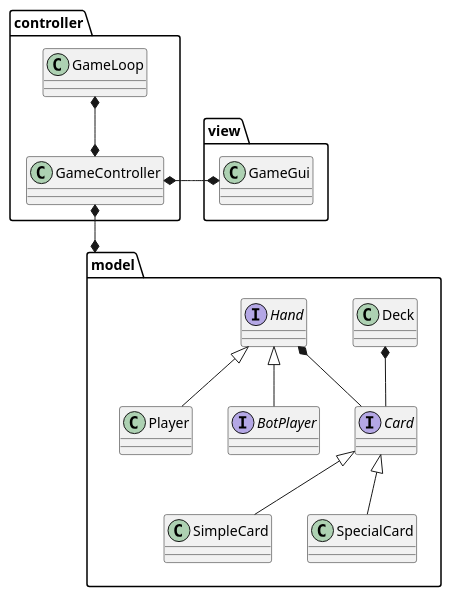
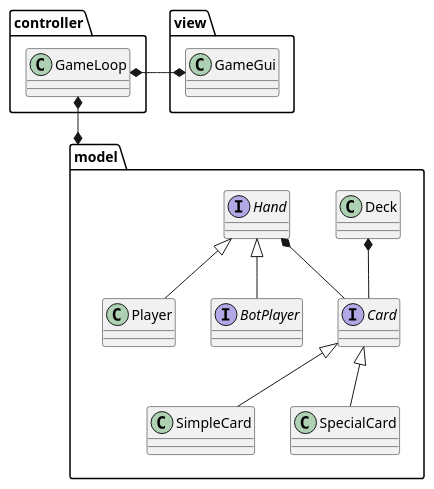
The diagram in docs/uml/src/design_architetturale.plantuml (CrazyPingu/PPS-23-Uno), drawn with PlantUML before and after one commit. The commit also changed 4 other files, not shown here.

Commit message:
Update uml

```diff
--- a/docs/uml/src/design_architetturale.plantuml
+++ b/docs/uml/src/design_architetturale.plantuml
@@ -1,44 +1,41 @@
 @startuml
 
 package model {
     interface Card
 
     Class SimpleCard extends Card
 
     Class SpecialCard extends Card
 
     Class Deck
 
     interface Hand
 
     Class Player extends Hand
 
     interface BotPlayer extends Hand
 
 }
 
 package controller {
     class GameLoop
-
-    class GameController
 }
 
 package view {
     class GameGui
 }
 
 model.Deck *-- model.Card
 model.Hand *-- model.Card
 
-controller.GameLoop *--* controller.GameController
 
-view.GameGui *-left-* controller.GameController
+view.GameGui *-left-* controller.GameLoop
 
 'controller.GameController *-u- model.Deck
 'model.Player *-u-* controller.GameController
 'model.BotPlayer *-u-* controller.GameController
 
-model *-u-* controller.GameController
+model *-u-* controller.GameLoop
 
 
 @enduml
```
